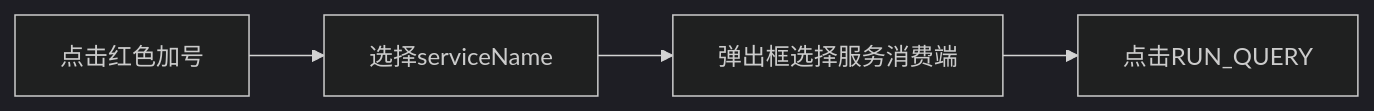
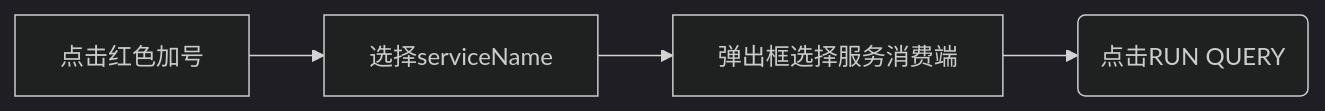
Before and after one commit to lingwh1995/blog: the second of 2 diagrams in docs/blogs/backend/springcloud/springcloud-eureka/shardings/springcloud-eureka-chapter-10.使用Zipkin+Sleuth实现调用链路追踪.md, drawn with Mermaid (dark theme). The commit also changed other lines of this file and 1716 other files, not shown here.

````diff
--- a/docs/blogs/backend/springcloud/springcloud-eureka/shardings/springcloud-eureka-chapter-10.使用Zipkin+Sleuth实现调用链路追踪.md
+++ b/docs/blogs/backend/springcloud/springcloud-eureka/shardings/springcloud-eureka-chapter-10.使用Zipkin+Sleuth实现调用链路追踪.md
@@ -133,6 +184,6 @@
 ```mermaid
 flowchart LR
     点击红色加号-->选择serviceName
     选择serviceName-->弹出框选择服务消费端
-    弹出框选择服务消费端-->点击RUN_QUERY
+    弹出框选择服务消费端-->A("点击RUN QUERY")
 ```
````
